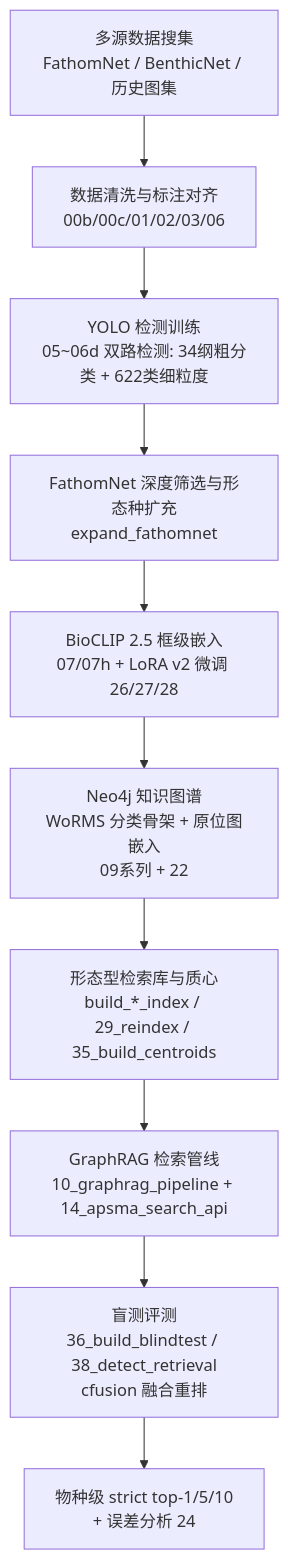
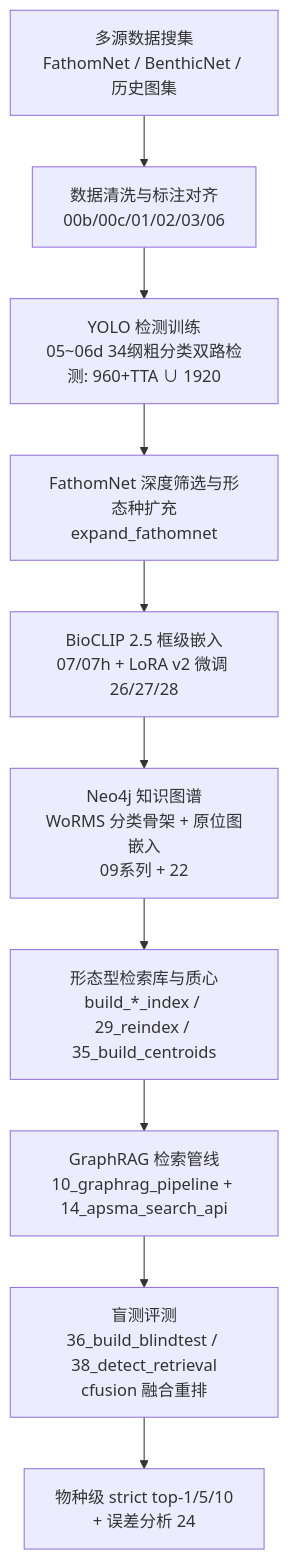
The diagram in README.md (lyconan/Ocean-DePTH-VLM), drawn with Mermaid before and after one commit. The commit also changed other lines of this file and 10 other files, not shown here.

````diff
--- a/README.md
+++ b/README.md
@@ -11,12 +11,12 @@
 ```mermaid
 flowchart TD
     A[多源数据搜集<br/>FathomNet / BenthicNet / 历史图集] --> B[数据清洗与标注对齐<br/>00b/00c/01/02/03/06]
-    B --> C[YOLO 检测训练<br/>05~06d 双路检测: 34纲粗分类 + 622类细粒度]
+    B --> C[YOLO 检测训练<br/>05~06d 34纲粗分类双路检测: 960+TTA ∪ 1920]
     C --> D[FathomNet 深度筛选与形态种扩充<br/>expand_fathomnet]
     D --> E[BioCLIP 2.5 框级嵌入<br/>07/07h + LoRA v2 微调 26/27/28]
     E --> F[Neo4j 知识图谱<br/>WoRMS 分类骨架 + 原位图嵌入<br/>09系列 + 22]
     F --> G[形态型检索库与质心<br/>build_*_index / 29_reindex / 35_build_centroids]
     G --> H[GraphRAG 检索管线<br/>10_graphrag_pipeline + 14_apsma_search_api]
     H --> I[盲测评测<br/>36_build_blindtest / 38_detect_retrieval<br/>cfusion 融合重排]
     I --> J[物种级 strict top-1/5/10<br/>+ 误差分析 24]
 ```
````
